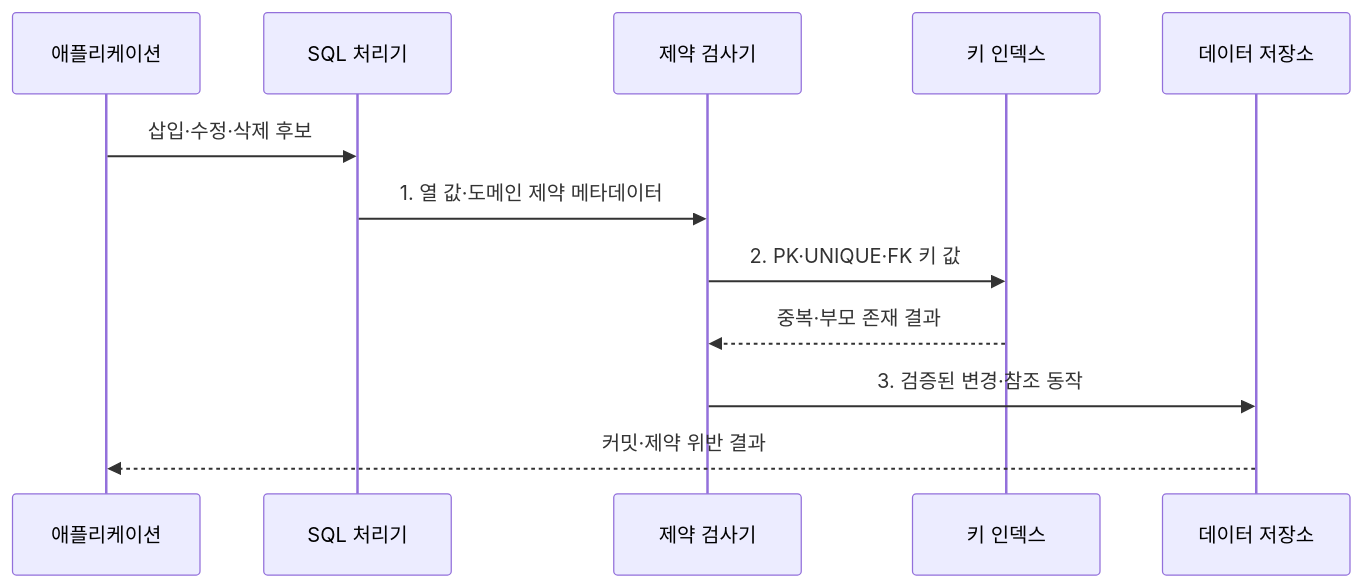
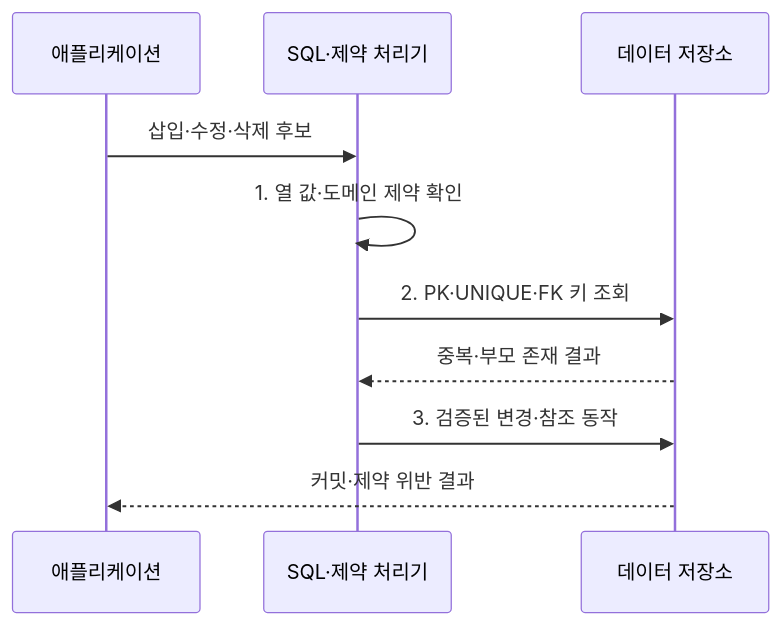
One commit to agnusdei1207/knowledge-base changed the second of 2 diagrams in src/content/docs/notes/03-software/091_database_integrity_constraints.md. Above: the diagram before and after it, drawn with Mermaid. The commit also changed other lines of this file and 8 other files, not shown here.

Commit message:
Simplify database execution diagrams

````diff
--- a/src/content/docs/notes/03-software/091_database_integrity_constraints.md
+++ b/src/content/docs/notes/03-software/091_database_integrity_constraints.md
@@ -99,14 +99,12 @@
 ```mermaid
 sequenceDiagram
     participant APP as 애플리케이션
-    participant SQL as SQL 처리기
-    participant RULE as 제약 검사기
-    participant IDX as 키 인덱스
+    participant SQL as SQL·제약 처리기
     participant DATA as 데이터 저장소
     APP->>SQL: 삽입·수정·삭제 후보
-    SQL->>RULE: 1. 열 값·도메인 제약 메타데이터
-    RULE->>IDX: 2. PK·UNIQUE·FK 키 값
-    IDX-->>RULE: 중복·부모 존재 결과
-    RULE->>DATA: 3. 검증된 변경·참조 동작
+    SQL->>SQL: 1. 열 값·도메인 제약 확인
+    SQL->>DATA: 2. PK·UNIQUE·FK 키 조회
+    DATA-->>SQL: 중복·부모 존재 결과
+    SQL->>DATA: 3. 검증된 변경·참조 동작
     DATA-->>APP: 커밋·제약 위반 결과
 ```
````
